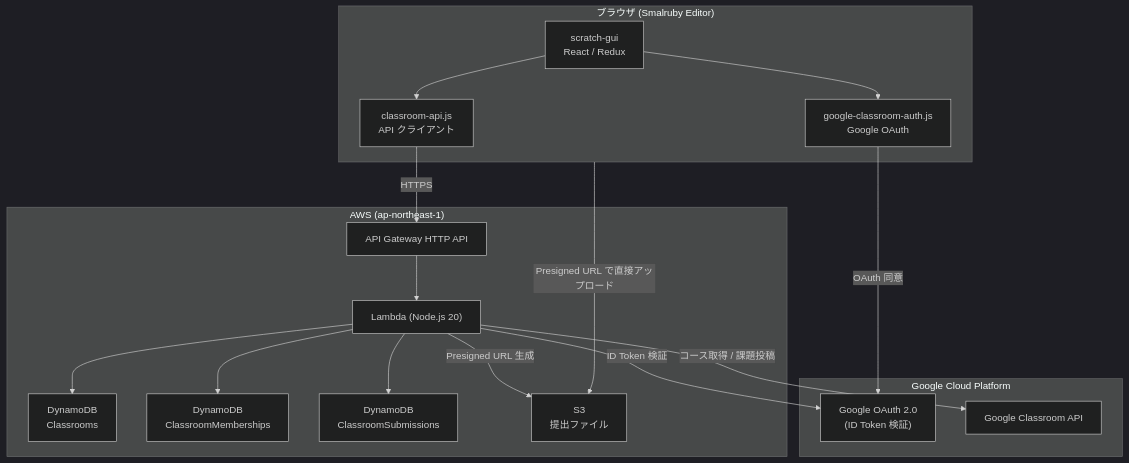
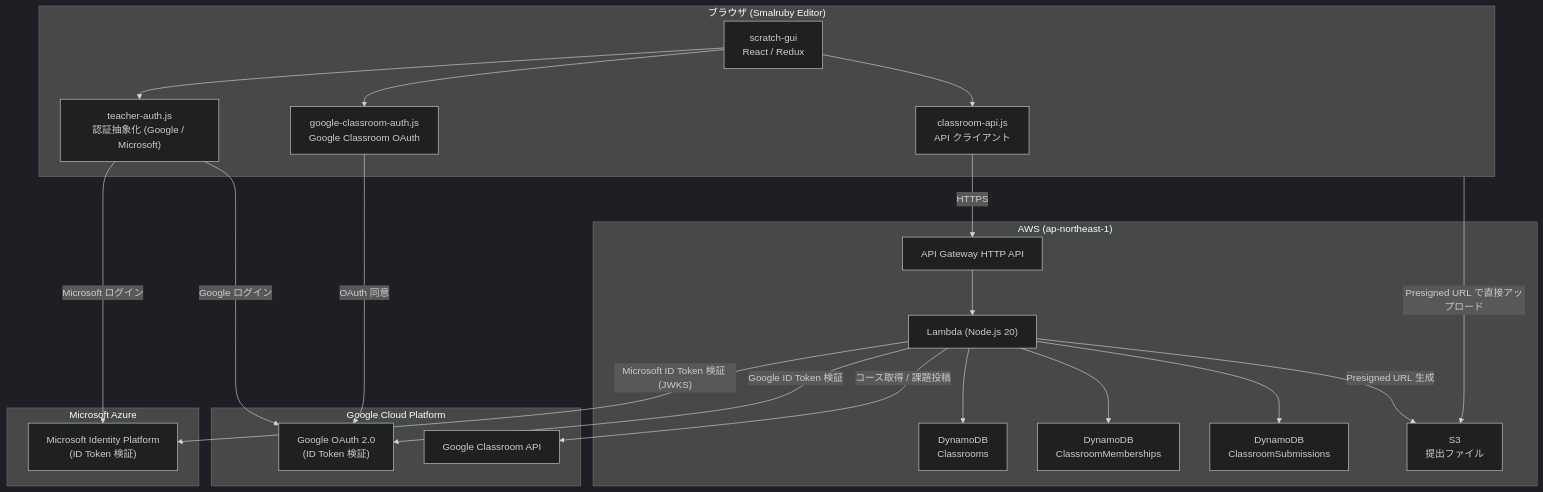
Before and after one commit to smalruby/smalruby3-editor: the first of 5 diagrams in docs/classroom/architecture.md, drawn with Mermaid (dark theme). The commit also changed other lines of this file and 7 other files, not shown here.

First line of the commit message:
docs: update classroom docs for module split and Microsoft auth

````diff
--- a/docs/classroom/architecture.md
+++ b/docs/classroom/architecture.md
@@ -5,35 +5,44 @@
 ```mermaid
 graph TB
     subgraph Browser["ブラウザ (Smalruby Editor)"]
         GUI["scratch-gui<br/>React / Redux"]
         API_CLIENT["classroom-api.js<br/>API クライアント"]
-        GC_AUTH["google-classroom-auth.js<br/>Google OAuth"]
+        TEACHER_AUTH["teacher-auth.js<br/>認証抽象化 (Google / Microsoft)"]
+        GC_AUTH["google-classroom-auth.js<br/>Google Classroom OAuth"]
     end
 
     subgraph AWS["AWS (ap-northeast-1)"]
         APIGW["API Gateway HTTP API"]
         LAMBDA["Lambda (Node.js 20)"]
         DDB_C["DynamoDB<br/>Classrooms"]
         DDB_M["DynamoDB<br/>ClassroomMemberships"]
         DDB_S["DynamoDB<br/>ClassroomSubmissions"]
         S3["S3<br/>提出ファイル"]
     end
 
     subgraph GCP["Google Cloud Platform"]
         GAUTH["Google OAuth 2.0<br/>(ID Token 検証)"]
         GC_API["Google Classroom API"]
     end
 
+    subgraph Azure["Microsoft Azure"]
+        MSAUTH["Microsoft Identity Platform<br/>(ID Token 検証)"]
+    end
+
     GUI --> API_CLIENT
+    GUI --> TEACHER_AUTH
     GUI --> GC_AUTH
     API_CLIENT -->|"HTTPS"| APIGW
+    TEACHER_AUTH -->|"Google ログイン"| GAUTH
+    TEACHER_AUTH -->|"Microsoft ログイン"| MSAUTH
     GC_AUTH -->|"OAuth 同意"| GAUTH
     APIGW --> LAMBDA
     LAMBDA --> DDB_C
     LAMBDA --> DDB_M
     LAMBDA --> DDB_S
     LAMBDA -->|"Presigned URL 生成"| S3
-    LAMBDA -->|"ID Token 検証"| GAUTH
+    LAMBDA -->|"Google ID Token 検証"| GAUTH
+    LAMBDA -->|"Microsoft ID Token 検証 (JWKS)"| MSAUTH
     LAMBDA -->|"コース取得 / 課題投稿"| GC_API
     Browser -->|"Presigned URL で直接アップロード"| S3
 ```
````
